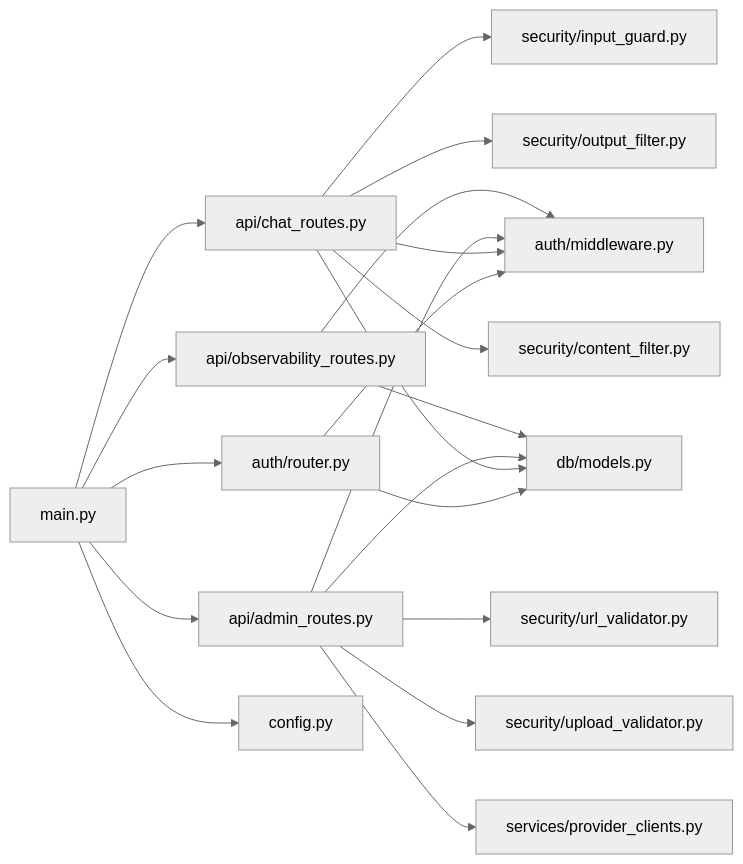
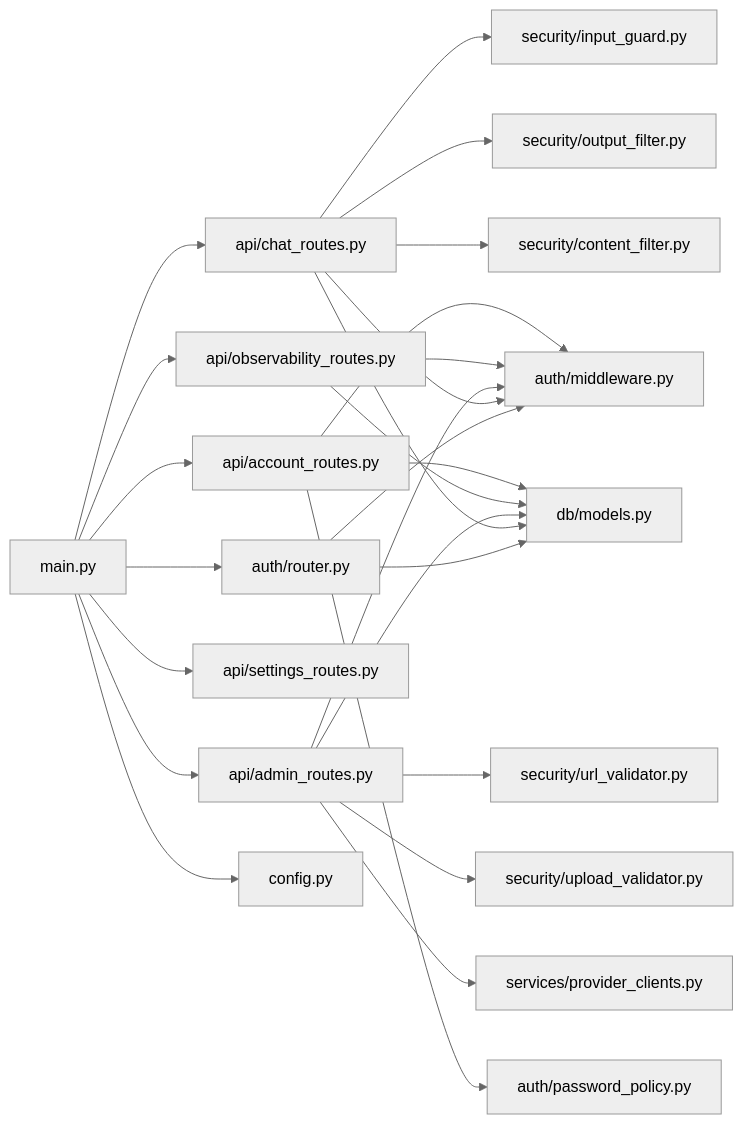
Before and after one commit to genes8/private-ai: the third of 3 diagrams in .qoder/repowiki/en/content/Backend Development/API Endpoints/API Endpoints.md, drawn with Mermaid (neutral theme). The commit also changed other lines of this file and 55 other files, not shown here.

````diff
--- a/.qoder/repowiki/en/content/Backend Development/API Endpoints/API Endpoints.md
+++ b/.qoder/repowiki/en/content/Backend Development/API Endpoints/API Endpoints.md
@@ -397,22 +466,27 @@
 ```mermaid
 graph LR
 M["main.py"] --> AR["auth/router.py"]
 M --> CR["api/chat_routes.py"]
 M --> AdR["api/admin_routes.py"]
 M --> OR["api/observability_routes.py"]
+M --> SR["api/settings_routes.py"]
+M --> AC["api/account_routes.py"]
 AR --> MW["auth/middleware.py"]
 CR --> MW
 AdR --> MW
 OR --> MW
+AC --> MW
 AR --> DBM["db/models.py"]
 CR --> DBM
 AdR --> DBM
 OR --> DBM
+AC --> DBM
 AdR --> UV["security/url_validator.py"]
 AdR --> UPL["security/upload_validator.py"]
 CR --> IG["security/input_guard.py"]
 CR --> OF["security/output_filter.py"]
 CR --> CF["security/content_filter.py"]
 AdR --> PC["services/provider_clients.py"]
 M --> CFG["config.py"]
+AC --> PP["auth/password_policy.py"]
 ```
````
